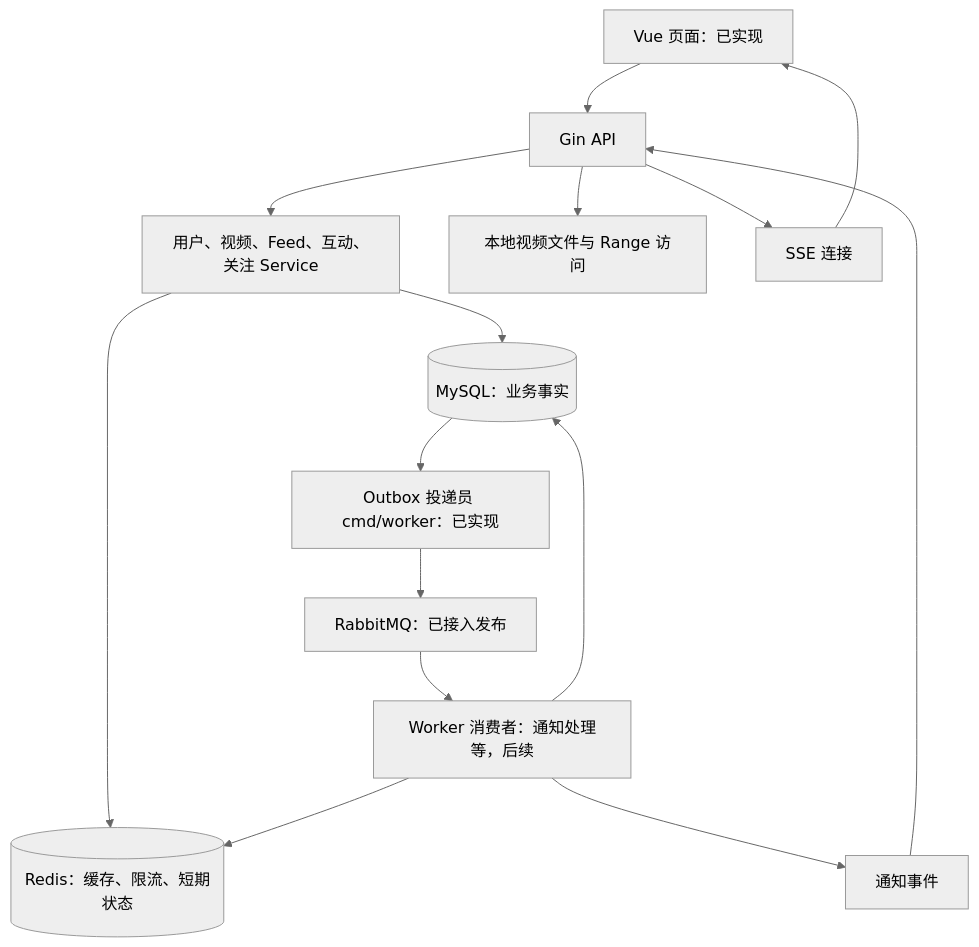
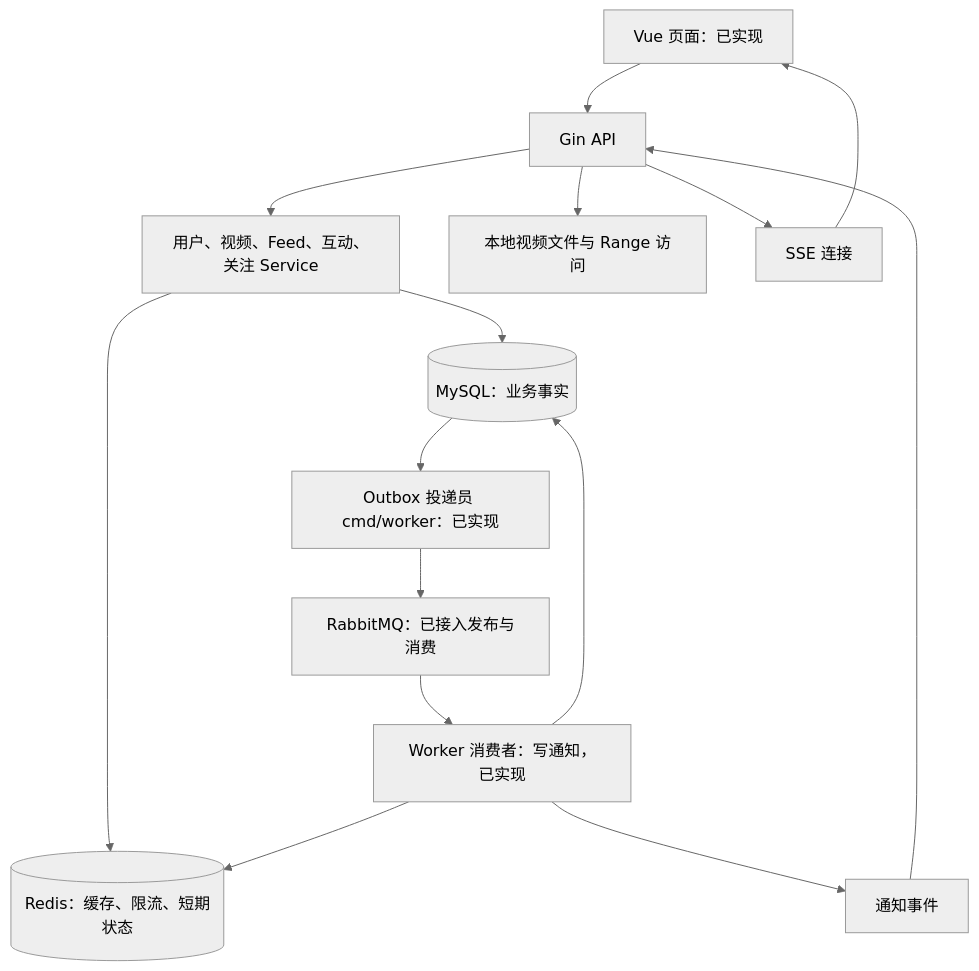
The second of 2 diagrams in docs/learning/00_project_roadmap.md (P3anut3/GoStream), drawn with Mermaid (neutral theme) before and after one commit. The commit also changed other lines of this file and 19 other files, not shown here.

````diff
--- a/docs/learning/00_project_roadmap.md
+++ b/docs/learning/00_project_roadmap.md
@@ -62,17 +63,17 @@
 ```mermaid
 flowchart TD
     UI[Vue 页面：已实现] --> API[Gin API]
     API --> S[用户、视频、Feed、互动、关注 Service]
     S --> DB[(MySQL：业务事实)]
     S --> CACHE[(Redis：缓存、限流、短期状态)]
     API --> MEDIA[本地视频文件与 Range 访问]
     DB --> OUT[Outbox 投递员 cmd/worker：已实现]
-    OUT --> MQ[RabbitMQ：已接入发布]
-    MQ --> W[Worker 消费者：通知处理等，后续]
+    OUT --> MQ[RabbitMQ：已接入发布与消费]
+    MQ --> W[Worker 消费者：写通知，已实现]
     W --> DB
     W --> CACHE
     W --> N[通知事件]
     N --> API
     API --> SSE[SSE 连接]
     SSE --> UI
 ```
````
